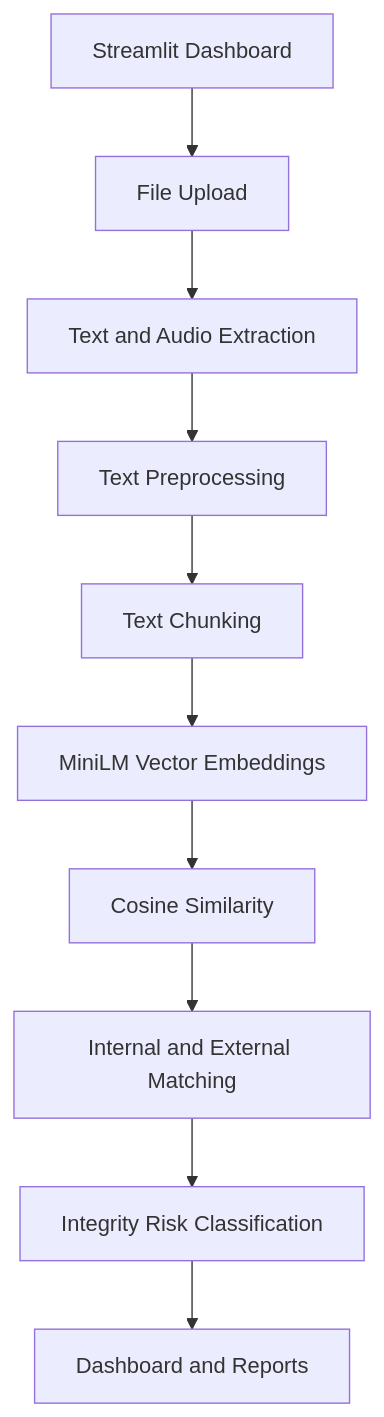
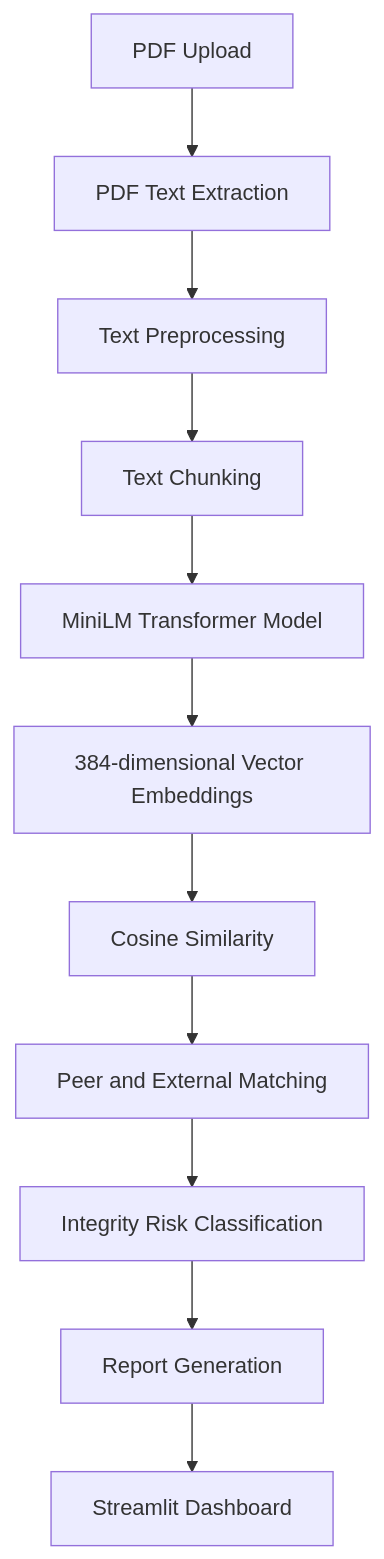
One commit to MAARGUBULhaque/submission-integrity-engine-web changed the diagram in README.md. Above: the diagram before and after it, drawn with Mermaid. The commit also changed other lines of this file and 52 other files, not shown here.

````diff
--- a/README.md
+++ b/README.md
@@ -360,12 +47,13 @@
 ```mermaid
 flowchart TD
-    A[Streamlit Dashboard] --> B[File Upload]
-    B --> C[Text and Audio Extraction]
-    C --> D[Text Preprocessing]
-    D --> E[Text Chunking]
-    E --> F[MiniLM Vector Embeddings]
+    A[PDF Upload] --> B[PDF Text Extraction]
+    B --> C[Text Preprocessing]
+    C --> D[Text Chunking]
+    D --> E[MiniLM Transformer Model]
+    E --> F[384-dimensional Vector Embeddings]
     F --> G[Cosine Similarity]
-    G --> H[Internal and External Matching]
+    G --> H[Peer and External Matching]
     H --> I[Integrity Risk Classification]
-    I --> J[Dashboard and Reports]
+    I --> J[Report Generation]
+    J --> K[Streamlit Dashboard]
 ```
````
